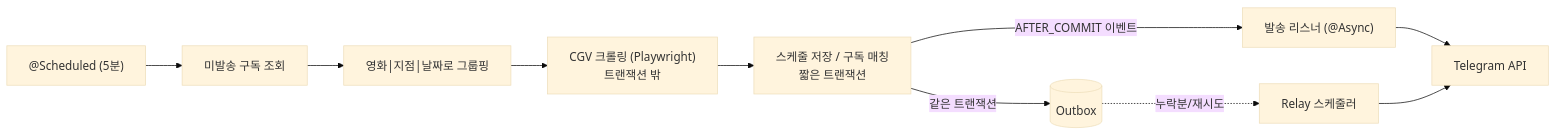
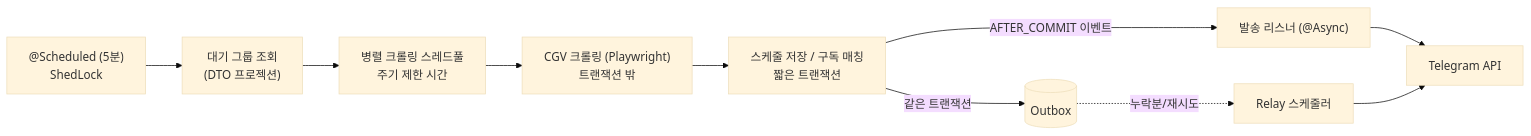
One commit to CHUNYOUNGSANG/movie changed the diagram in README.md. Above: the diagram before and after it, drawn with Mermaid (base theme). The commit also changed other lines of this file, not shown here.

````diff
--- a/README.md
+++ b/README.md
@@ -31,12 +34,12 @@
 ```mermaid
 flowchart LR
-    S["@Scheduled (5분)"] --> P[미발송 구독 조회]
-    P --> G["영화|지점|날짜로 그룹핑"]
+    S["@Scheduled (5분)<br/>ShedLock"] --> P["대기 그룹 조회<br/>(DTO 프로젝션)"]
+    P --> G["병렬 크롤링 스레드풀<br/>주기 제한 시간"]
     G --> C["CGV 크롤링 (Playwright)<br/>트랜잭션 밖"]
     C --> D["스케줄 저장 / 구독 매칭<br/>짧은 트랜잭션"]
     D -- 같은 트랜잭션 --> O[(Outbox)]
     D -- AFTER_COMMIT 이벤트 --> L["발송 리스너 (@Async)"]
     O -. 누락분/재시도 .-> R["Relay 스케줄러"]
     L --> T[Telegram API]
     R --> T
 ```
````
